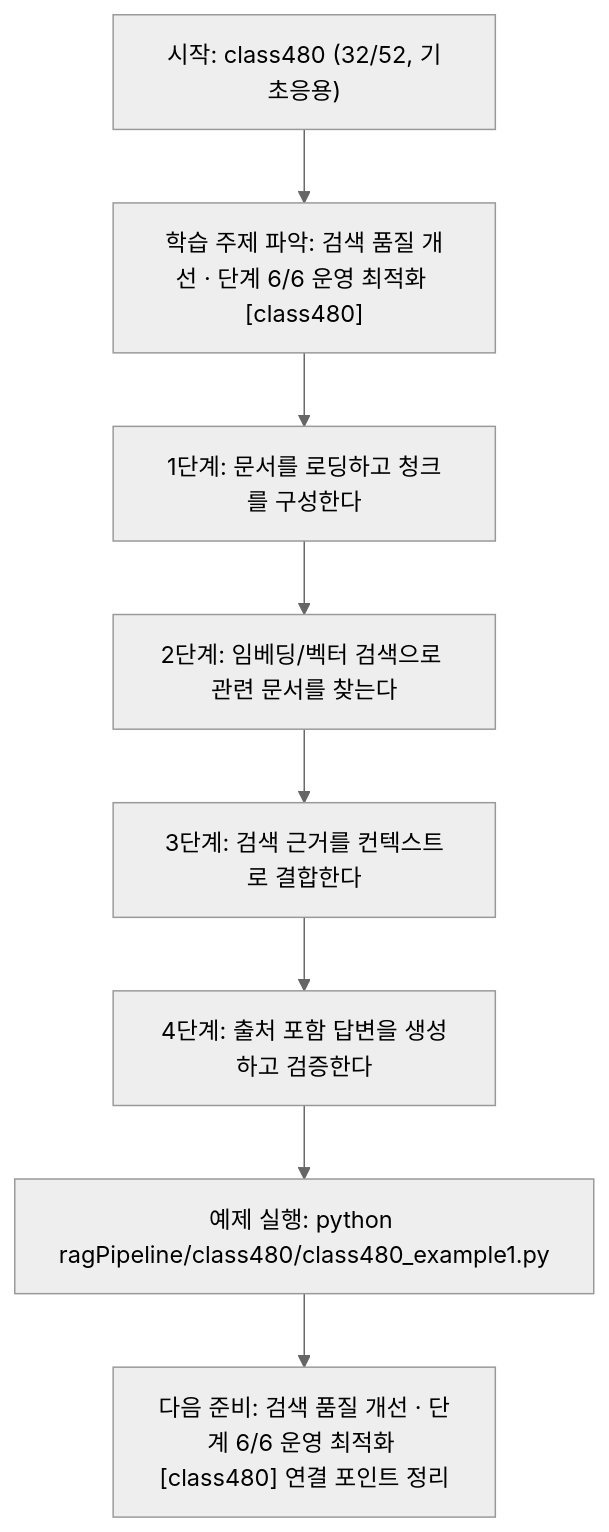
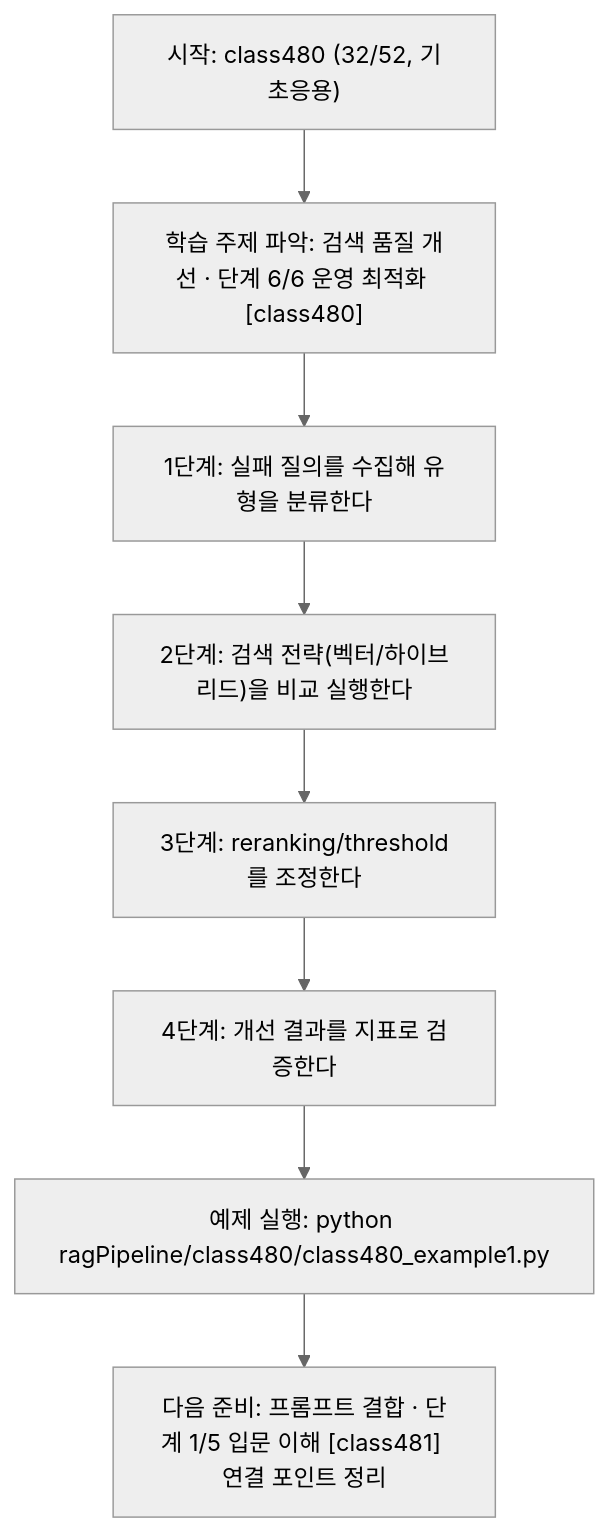
One commit to edumgt/Python-AI_Agent-Class changed the diagram in ragPipeline/class480/class480.md. Above: the diagram before and after it, drawn with Mermaid (neutral theme). The commit also changed other lines of this file and 367 other files, not shown here.

````diff
--- a/ragPipeline/class480/class480.md
+++ b/ragPipeline/class480/class480.md
@@ -111,18 +92,18 @@
 ```mermaid
 flowchart TD
 N1["시작: class480 (32/52, 기초응용)"]
 N2["학습 주제 파악: 검색 품질 개선 · 단계 6/6 운영 최적화 [class480]"]
-N3["1단계: 문서를 로딩하고 청크를 구성한다"]
-N4["2단계: 임베딩/벡터 검색으로 관련 문서를 찾는다"]
-N5["3단계: 검색 근거를 컨텍스트로 결합한다"]
-N6["4단계: 출처 포함 답변을 생성하고 검증한다"]
+N3["1단계: 실패 질의를 수집해 유형을 분류한다"]
+N4["2단계: 검색 전략(벡터/하이브리드)을 비교 실행한다"]
+N5["3단계: reranking/threshold를 조정한다"]
+N6["4단계: 개선 결과를 지표로 검증한다"]
 N7["예제 실행: python ragPipeline/class480/class480_example1.py"]
-N8["다음 준비: 검색 품질 개선 · 단계 6/6 운영 최적화 [class480] 연결 포인트 정리"]
+N8["다음 준비: 프롬프트 결합 · 단계 1/5 입문 이해 [class481] 연결 포인트 정리"]
 N1 --> N2
 N2 --> N3
 N3 --> N4
 N4 --> N5
 N5 --> N6
 N6 --> N7
 N7 --> N8
 ```
````
